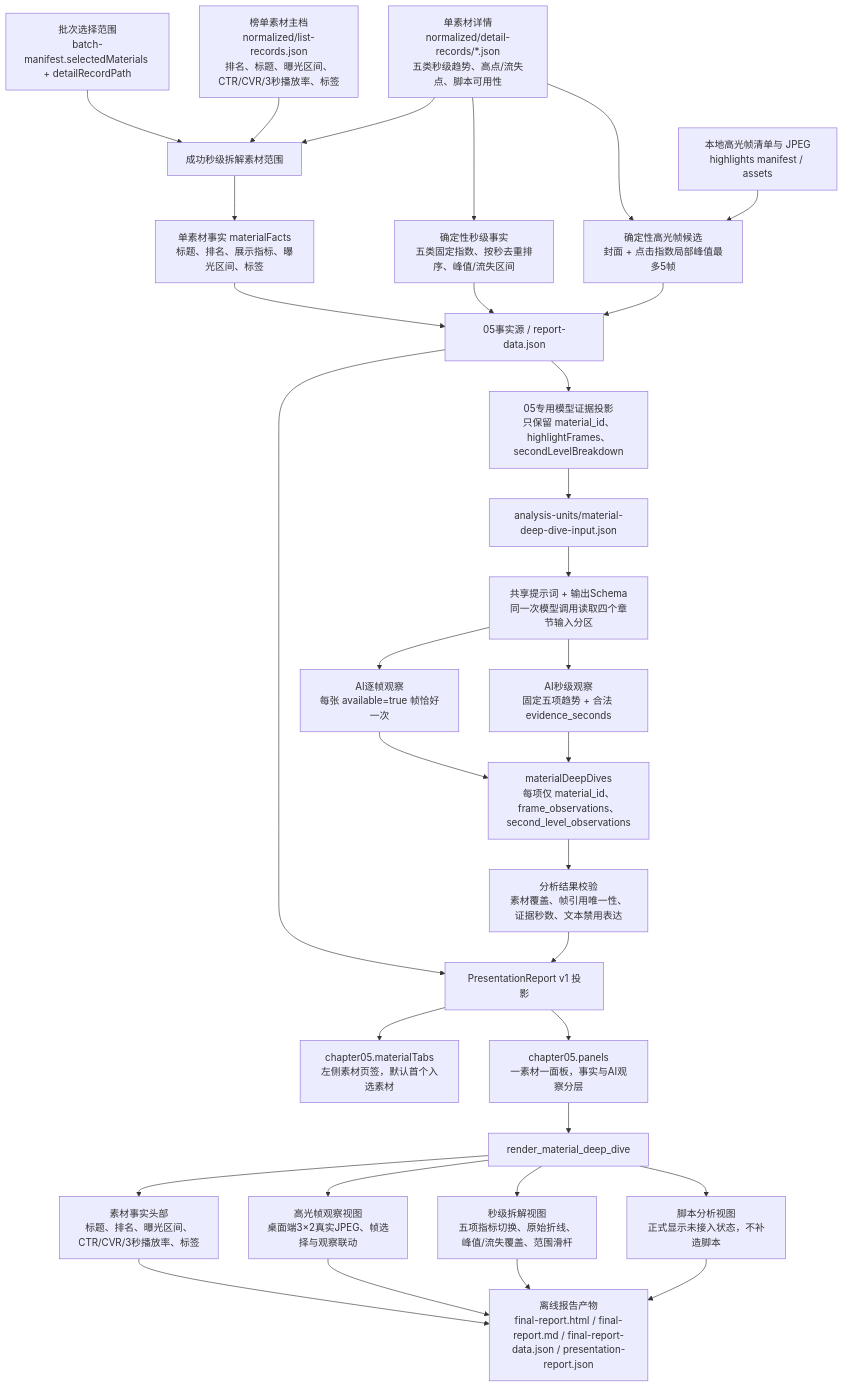
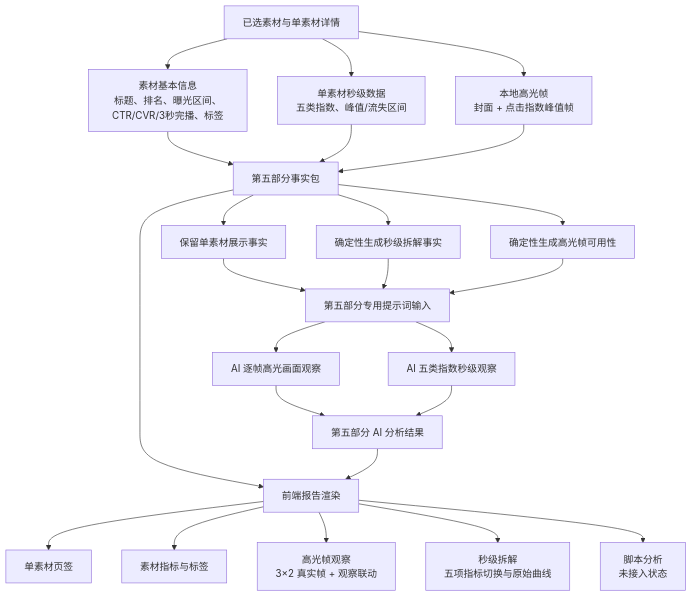
Before and after one commit to Ayakatokyo/yuntu-industry-content-rankings-analysis: the diagram in docs/mermaid/chapter05-material-deep-dive-data-flow.md, drawn with Mermaid.

Commit message:
文档：简化第五章 Mermaid 流程

````diff
--- a/docs/mermaid/chapter05-material-deep-dive-data-flow.md
+++ b/docs/mermaid/chapter05-material-deep-dive-data-flow.md
@@ -5,41 +5,33 @@
 ```mermaid
 flowchart TD
-    A[批次选择范围<br/>batch-manifest.selectedMaterials + detailRecordPath]
-    B1[榜单素材主档<br/>normalized/list-records.json<br/>排名、标题、曝光区间、CTR/CVR/3秒播放率、标签]
-    B2[单素材详情<br/>normalized/detail-records/*.json<br/>五类秒级趋势、高点/流失点、脚本可用性]
-    B3[本地高光帧清单与 JPEG<br/>highlights manifest / assets]
+    A[已选素材与单素材详情]
 
-    A --> C[成功秒级拆解素材范围]
-    B1 --> C
+    A --> B1[素材基本信息<br/>标题、排名、曝光区间、CTR/CVR/3秒完播、标签]
+    A --> B2[单素材秒级数据<br/>五类指数、峰值/流失区间]
+    A --> B3[本地高光帧<br/>封面 + 点击指数峰值帧]
+
+    B1 --> C[第五部分事实包]
     B2 --> C
-    C --> D1[单素材事实 materialFacts<br/>标题、排名、展示指标、曝光区间、标签]
-    B2 --> D2[确定性秒级事实<br/>五类固定指数、按秒去重排序、峰值/流失区间]
-    B2 --> D3[确定性高光帧候选<br/>封面 + 点击指数局部峰值最多5帧]
-    B3 --> D3
-    D1 --> E[05事实源 / report-data.json]
-    D2 --> E
-    D3 --> E
-    E --> E1[05专用模型证据投影<br/>只保留 material_id、highlightFrames、secondLevelBreakdown]
-    E1 --> F[analysis-units/material-deep-dive-input.json]
+    B3 --> C
 
-    F --> G[共享提示词 + 输出Schema<br/>同一次模型调用读取四个章节输入分区]
-    G --> H1[AI逐帧观察<br/>每张 available=true 帧恰好一次]
-    G --> H2[AI秒级观察<br/>固定五项趋势 + 合法 evidence_seconds]
-    H1 --> I[materialDeepDives<br/>每项仅 material_id、frame_observations、second_level_observations]
-    H2 --> I
+    C --> C1[保留单素材展示事实]
+    C --> C2[确定性生成秒级拆解事实]
+    C --> C3[确定性生成高光帧可用性]
 
-    I --> J[分析结果校验<br/>素材覆盖、帧引用唯一性、证据秒数、文本禁用表达]
-    E --> K[PresentationReport v1 投影]
-    J --> K
-    K --> K1[chapter05.materialTabs<br/>左侧素材页签，默认首个入选素材]
-    K --> K2[chapter05.panels<br/>一素材一面板，事实与AI观察分层]
-    K2 --> L[render_material_deep_dive]
-    L --> M1[素材事实头部<br/>标题、排名、曝光区间、CTR/CVR/3秒播放率、标签]
-    L --> M2[高光帧观察视图<br/>桌面端3×2真实JPEG、帧选择与观察联动]
-    L --> M3[秒级拆解视图<br/>五项指标切换、原始折线、峰值/流失覆盖、范围滑杆]
-    L --> M4[脚本分析视图<br/>正式显示未接入状态，不补造脚本]
-    M1 --> N[离线报告产物<br/>final-report.html / final-report.md / final-report-data.json / presentation-report.json]
-    M2 --> N
-    M3 --> N
-    M4 --> N
+    C1 --> D[第五部分专用提示词输入]
+    C2 --> D
+    C3 --> D
+
+    D --> E1[AI 逐帧高光画面观察]
+    D --> E2[AI 五类指数秒级观察]
+    E1 --> F[第五部分 AI 分析结果]
+    E2 --> F
+
+    C --> G[前端报告渲染]
+    F --> G
+    G --> G1[单素材页签]
+    G --> G2[素材指标与标签]
+    G --> G3[高光帧观察<br/>3×2 真实帧 + 观察联动]
+    G --> G4[秒级拆解<br/>五项指标切换与原始曲线]
+    G --> G5[脚本分析<br/>未接入状态]
 ```
````
